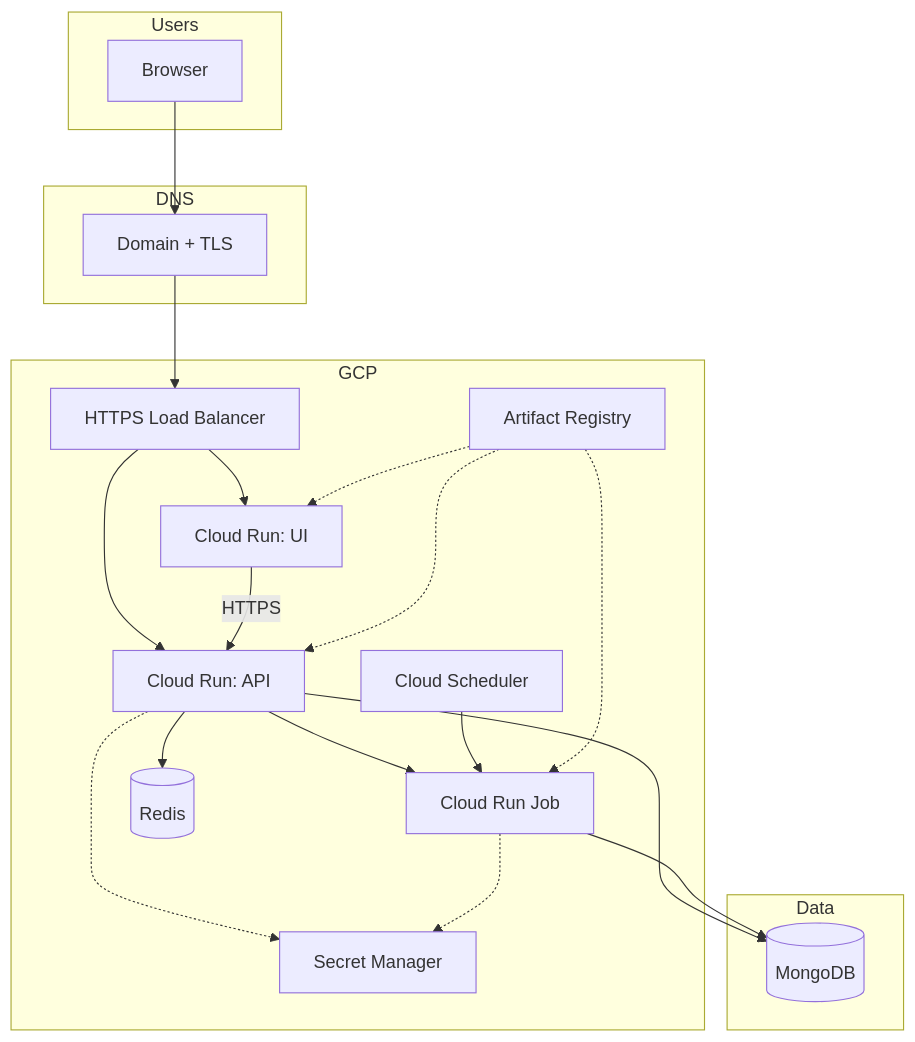
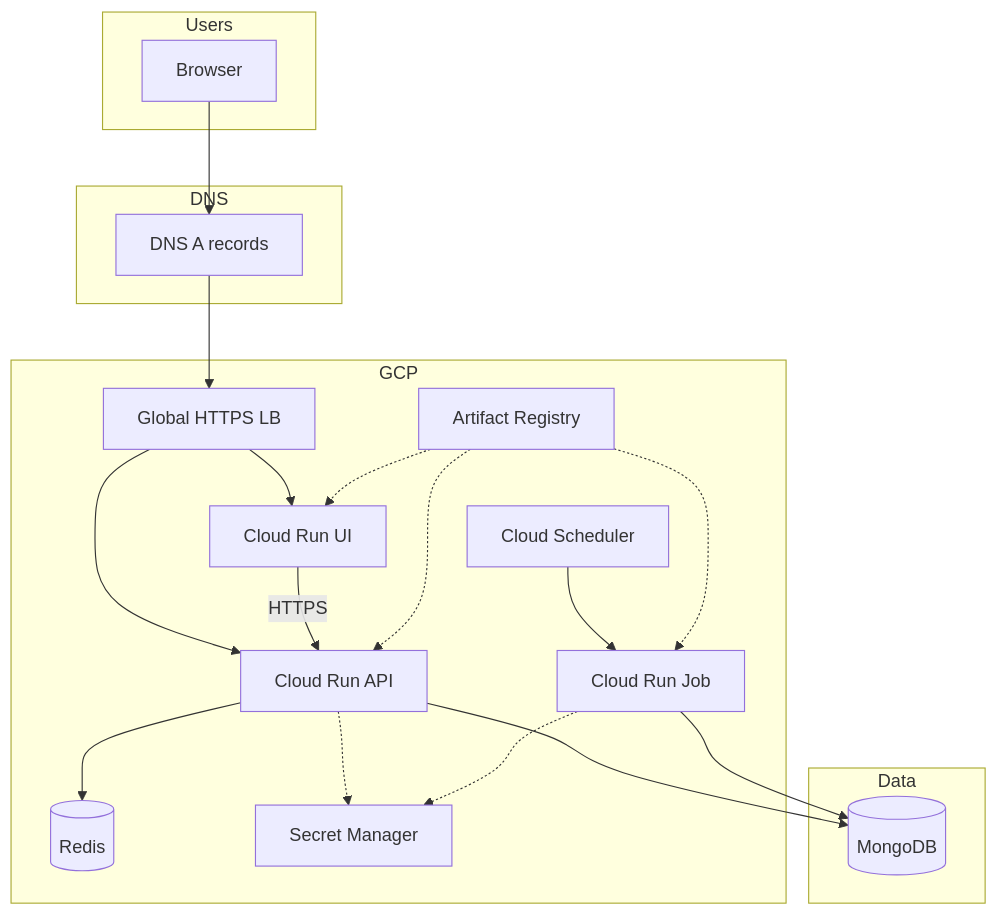
One commit to UttU28/Saral-Job-Viewer changed the diagram in docs/CICD-FULL-STACK.md. Above: the diagram before and after it, drawn with Mermaid. The commit also changed other lines of this file and 6 other files, not shown here.

````diff
--- a/docs/CICD-FULL-STACK.md
+++ b/docs/CICD-FULL-STACK.md
@@ -130,37 +101,36 @@
 ```mermaid
 flowchart TB
   subgraph Users
     U[Browser]
   end
   subgraph DNS
-    D[Domain + TLS]
+    D[DNS A records]
   end
   subgraph GCP["GCP"]
-    LB[HTTPS Load Balancer]
-    FE[Cloud Run: UI]
-    API[Cloud Run: API]
+    LB[Global HTTPS LB]
+    FE[Cloud Run UI]
+    API[Cloud Run API]
     JOB[Cloud Run Job]
     R[(Redis)]
     SM[Secret Manager]
     AR[Artifact Registry]
     SCH[Cloud Scheduler]
   end
   subgraph Data
     M[(MongoDB)]
   end
   U --> D
   D --> LB
   LB --> FE
   LB --> API
   FE -->|HTTPS| API
   API --> R
   API --> M
-  API --> JOB
+  SCH --> JOB
   JOB --> M
-  SCH --> JOB
   API -.-> SM
   JOB -.-> SM
   AR -.-> FE
   AR -.-> API
   AR -.-> JOB
 ```
````
